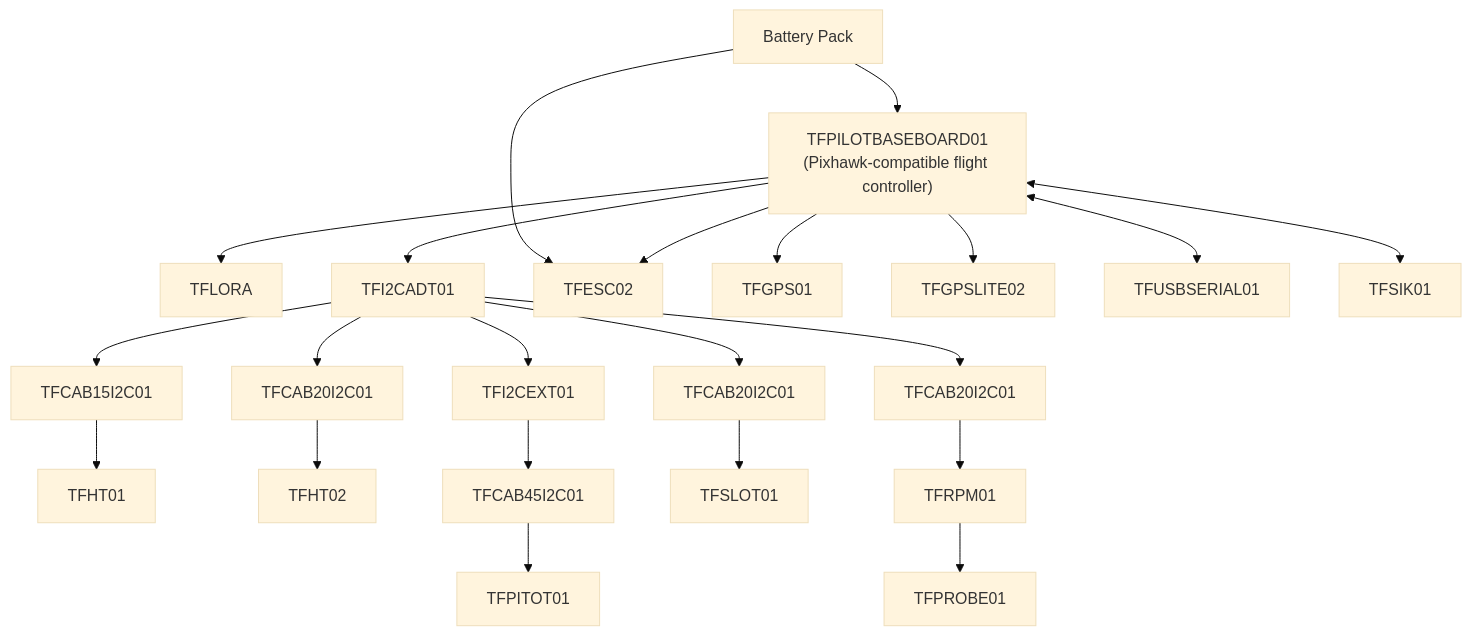
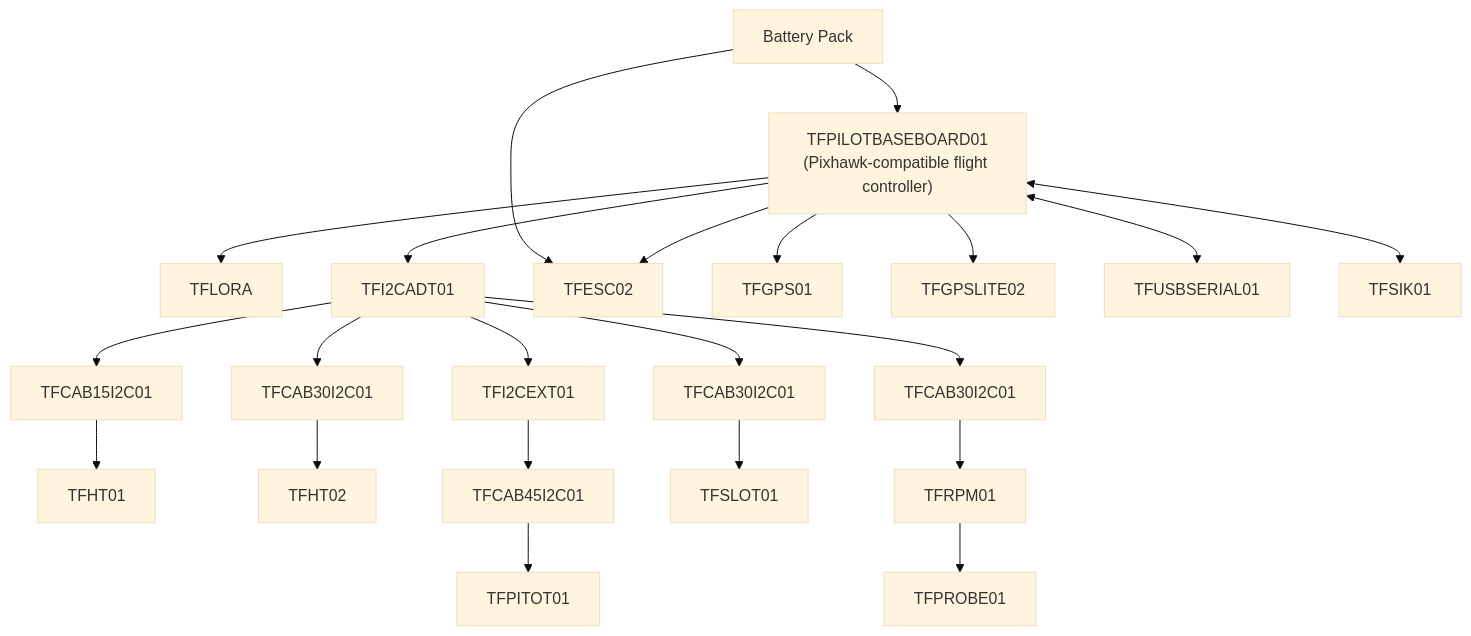
Before and after one commit to ThunderFly-aerospace/docs: the diagram in avionics/index.md, drawn with Mermaid (base theme).

Commit message:
Fix cable lenghts.

```diff
--- a/avionics/index.md
+++ b/avionics/index.md
@@ -38,9 +38,9 @@
 
 %% Point-to-point cable instances (unique IDs, same visible label)
 CAB15_HT01["TFCAB15I2C01"]
-CAB20_HT02["TFCAB20I2C01"]
-CAB20_RPM["TFCAB20I2C01"]
-CAB20_SLOT["TFCAB20I2C01"]
+CAB20_HT02["TFCAB30I2C01"]
+CAB20_RPM["TFCAB30I2C01"]
+CAB20_SLOT["TFCAB30I2C01"]
 CAB45_PITOT["TFCAB45I2C01"]
 
 
```
